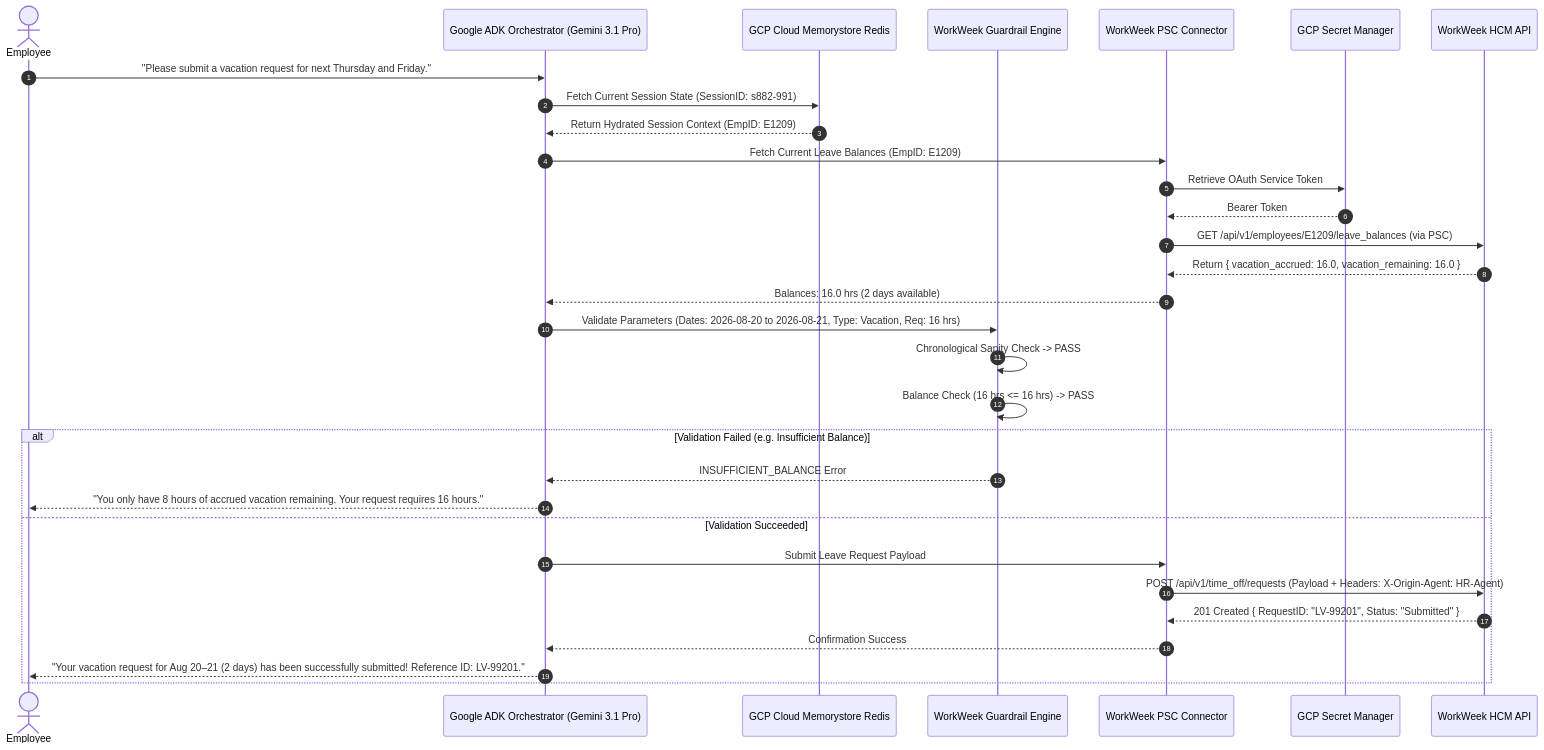
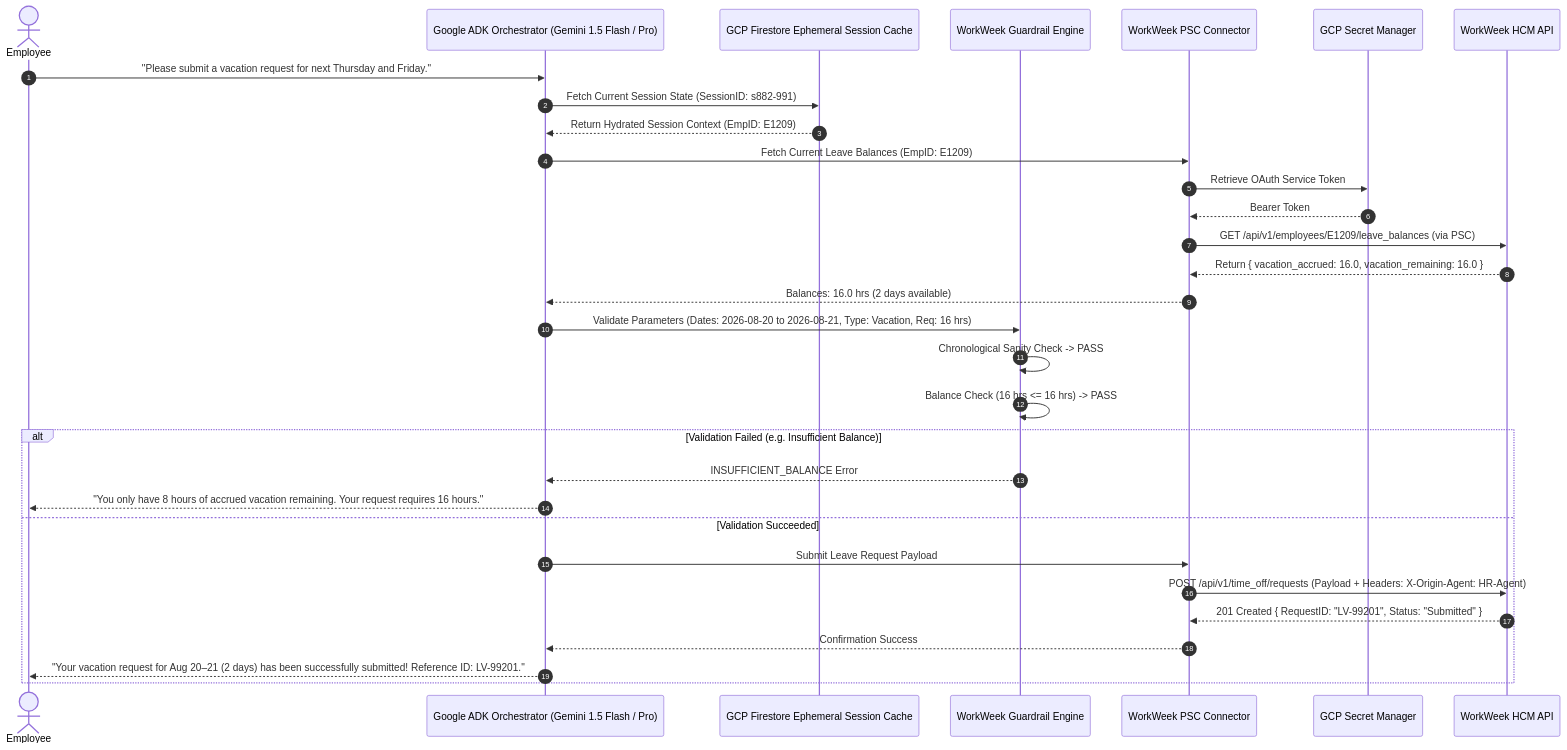
One commit to SushantJagdale/elevate-hr-agentic-solution changed the fourth of 10 diagrams in Consolidated_SDD.md. Above: the diagram before and after it, drawn with Mermaid. The commit also changed other lines of this file, not shown here.

````diff
--- a/Consolidated_SDD.md
+++ b/Consolidated_SDD.md
@@ -271,37 +270,37 @@
 ```mermaid
 sequenceDiagram
     autonumber
     actor User as Employee
-    participant Agent as Google ADK Orchestrator (Gemini 3.1 Pro)
-    participant Redis as GCP Cloud Memorystore Redis
+    participant Agent as Google ADK Orchestrator (Gemini 1.5 Flash / Pro)
+    participant Cache as GCP Firestore Ephemeral Session Cache
     participant Guard as WorkWeek Guardrail Engine
     participant WW as WorkWeek PSC Connector
     participant Secret as GCP Secret Manager
     participant WW_API as WorkWeek HCM API
 
     User->>Agent: "Please submit a vacation request for next Thursday and Friday."
-    Agent->>Redis: Fetch Current Session State (SessionID: s882-991)
-    Redis-->>Agent: Return Hydrated Session Context (EmpID: E1209)
+    Agent->>Cache: Fetch Current Session State (SessionID: s882-991)
+    Cache-->>Agent: Return Hydrated Session Context (EmpID: E1209)
     
     Agent->>WW: Fetch Current Leave Balances (EmpID: E1209)
     WW->>Secret: Retrieve OAuth Service Token
     Secret-->>WW: Bearer Token
     WW->>WW_API: GET /api/v1/employees/E1209/leave_balances (via PSC)
     WW_API-->>WW: Return { vacation_accrued: 16.0, vacation_remaining: 16.0 }
     WW-->>Agent: Balances: 16.0 hrs (2 days available)
 
     Agent->>Guard: Validate Parameters (Dates: 2026-08-20 to 2026-08-21, Type: Vacation, Req: 16 hrs)
     Guard->>Guard: Chronological Sanity Check -> PASS
     Guard->>Guard: Balance Check (16 hrs <= 16 hrs) -> PASS
 
     alt Validation Failed (e.g. Insufficient Balance)
         Guard-->>Agent: INSUFFICIENT_BALANCE Error
         Agent-->>User: "You only have 8 hours of accrued vacation remaining. Your request requires 16 hours."
     else Validation Succeeded
         Agent->>WW: Submit Leave Request Payload
         WW->>WW_API: POST /api/v1/time_off/requests (Payload + Headers: X-Origin-Agent: HR-Agent)
         WW_API-->>WW: 201 Created { RequestID: "LV-99201", Status: "Submitted" }
         WW-->>Agent: Confirmation Success
         Agent-->>User: "Your vacation request for Aug 20–21 (2 days) has been successfully submitted! Reference ID: LV-99201."
     end
 ```
````
